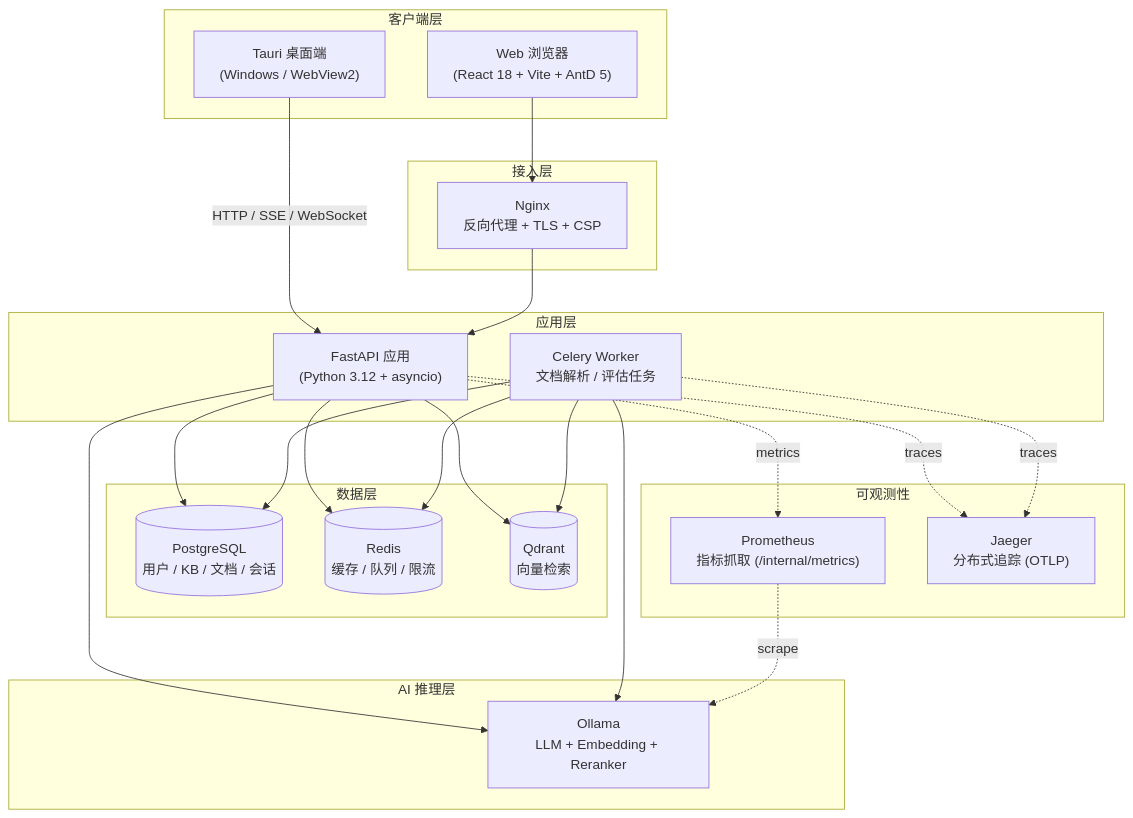
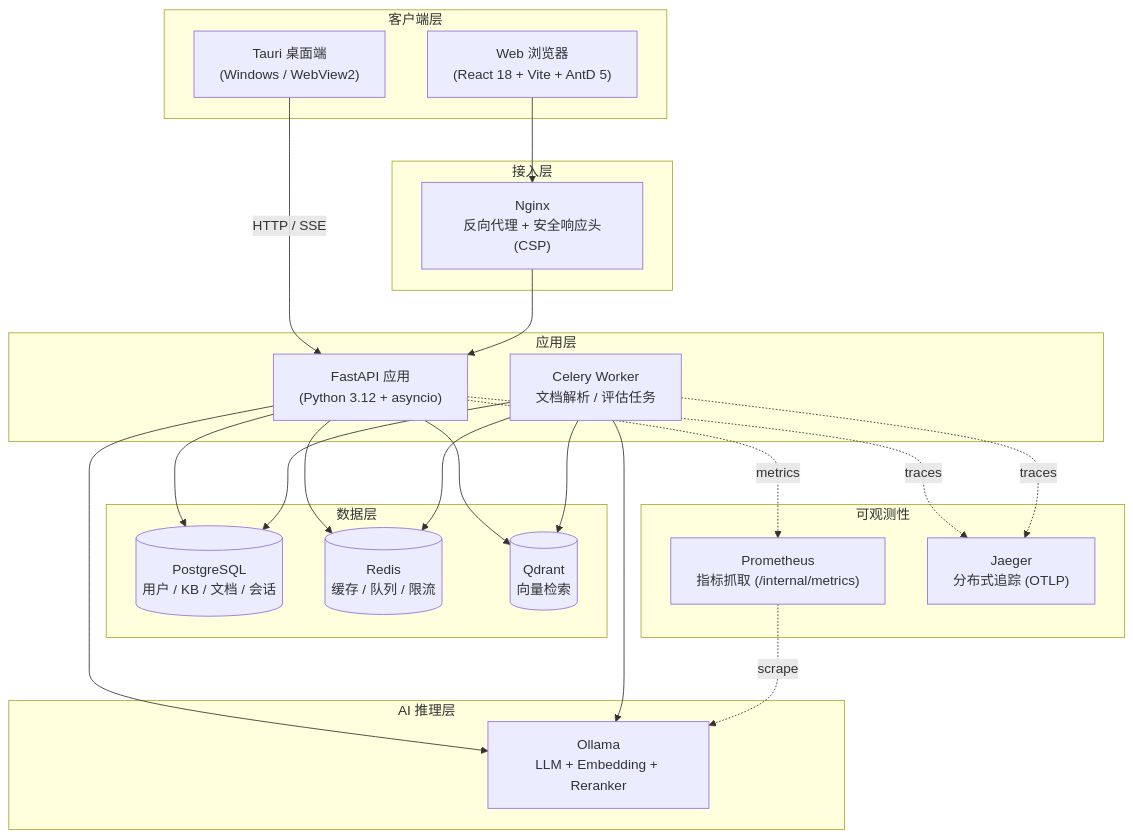
Before and after one commit to zengjunjin/aiplatform: the diagram in README.md, drawn with Mermaid. The commit also changed other lines of this file and 7 other files, not shown here.

````diff
--- a/README.md
+++ b/README.md
@@ -35,47 +35,47 @@
 ```mermaid
 graph TB
     subgraph Client["客户端层"]
         Web["Web 浏览器<br/>(React 18 + Vite + AntD 5)"]
         Tauri["Tauri 桌面端<br/>(Windows / WebView2)"]
     end
 
     subgraph Edge["接入层"]
-        Nginx["Nginx<br/>反向代理 + TLS + CSP"]
+        Nginx["Nginx<br/>反向代理 + 安全响应头(CSP)"]
     end
 
     subgraph Backend["应用层"]
         FastAPI["FastAPI 应用<br/>(Python 3.12 + asyncio)"]
         Celery["Celery Worker<br/>文档解析 / 评估任务"]
     end
 
     subgraph Data["数据层"]
         Postgres[("PostgreSQL<br/>用户 / KB / 文档 / 会话")]
         Redis[("Redis<br/>缓存 / 队列 / 限流")]
         Qdrant[("Qdrant<br/>向量检索")]
     end
 
     subgraph LLM["AI 推理层"]
         Ollama["Ollama<br/>LLM + Embedding + Reranker"]
     end
 
     subgraph Obs["可观测性"]
         Prom["Prometheus<br/>指标抓取 (/internal/metrics)"]
         Jaeger["Jaeger<br/>分布式追踪 (OTLP)"]
     end
 
     Web --> Nginx
-    Tauri -->|"HTTP / SSE / WebSocket"| FastAPI
+    Tauri -->|"HTTP / SSE"| FastAPI
     Nginx --> FastAPI
     FastAPI --> Postgres
     FastAPI --> Redis
     FastAPI --> Qdrant
     FastAPI --> Ollama
     Celery --> Redis
     Celery --> Postgres
     Celery --> Qdrant
     Celery --> Ollama
     FastAPI -.metrics.-> Prom
     Prom -.scrape.-> Ollama
     FastAPI -.traces.-> Jaeger
     Celery -.traces.-> Jaeger
 ```
````
